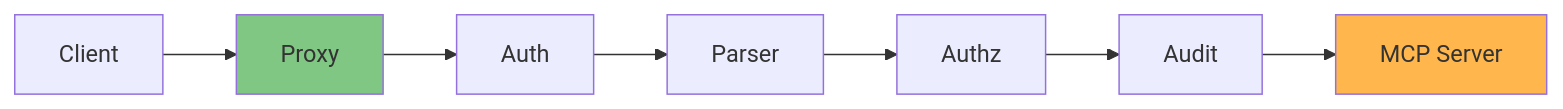
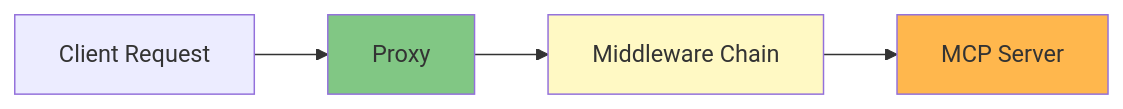
Before and after one commit to stacklok/toolhive: the second of 2 diagrams in docs/arch/02-core-concepts.md, drawn with Mermaid. The commit also changed other lines of this file, not shown here.

````diff
--- a/docs/arch/02-core-concepts.md
+++ b/docs/arch/02-core-concepts.md
@@ -627,12 +636,10 @@
 ```mermaid
 graph LR
-    Client[Client] --> Proxy[Proxy]
-    Proxy --> MW1[Auth]
-    MW1 --> MW2[Parser]
-    MW2 --> MW3[Authz]
-    MW3 --> MW4[Audit]
-    MW4 --> Container[MCP Server]
+    Client[Client Request] --> Proxy[Proxy]
+    Proxy --> Chain[Middleware Chain]
+    Chain --> Container[MCP Server]
 
     style Proxy fill:#81c784
     style Container fill:#ffb74d
+    style Chain fill:#fff9c4
 ```
````
